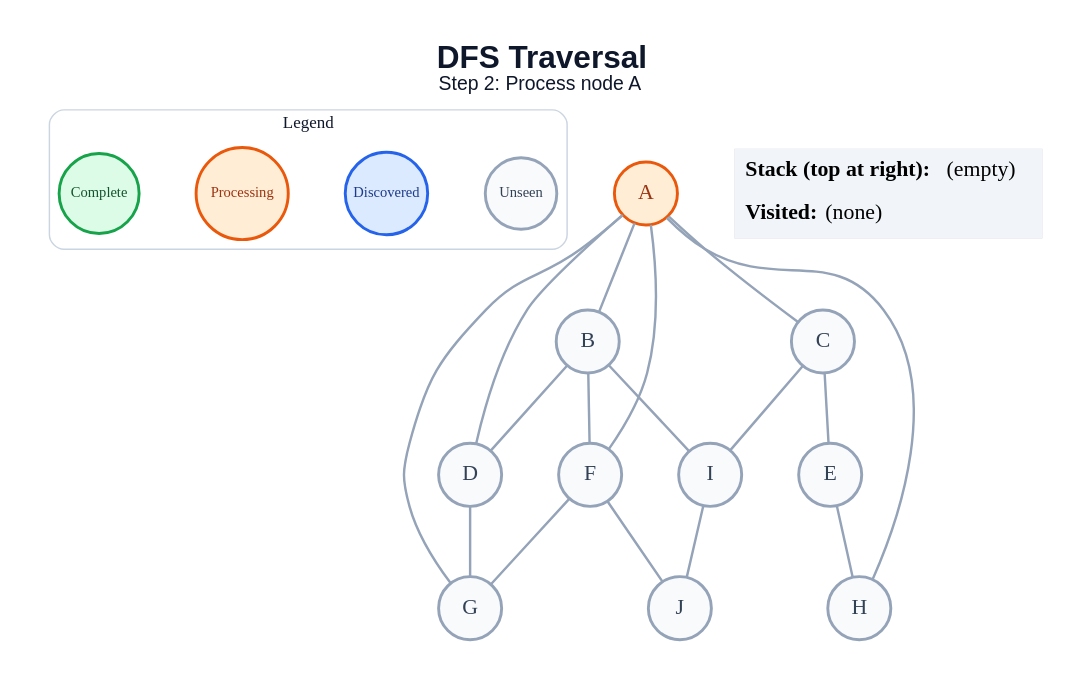
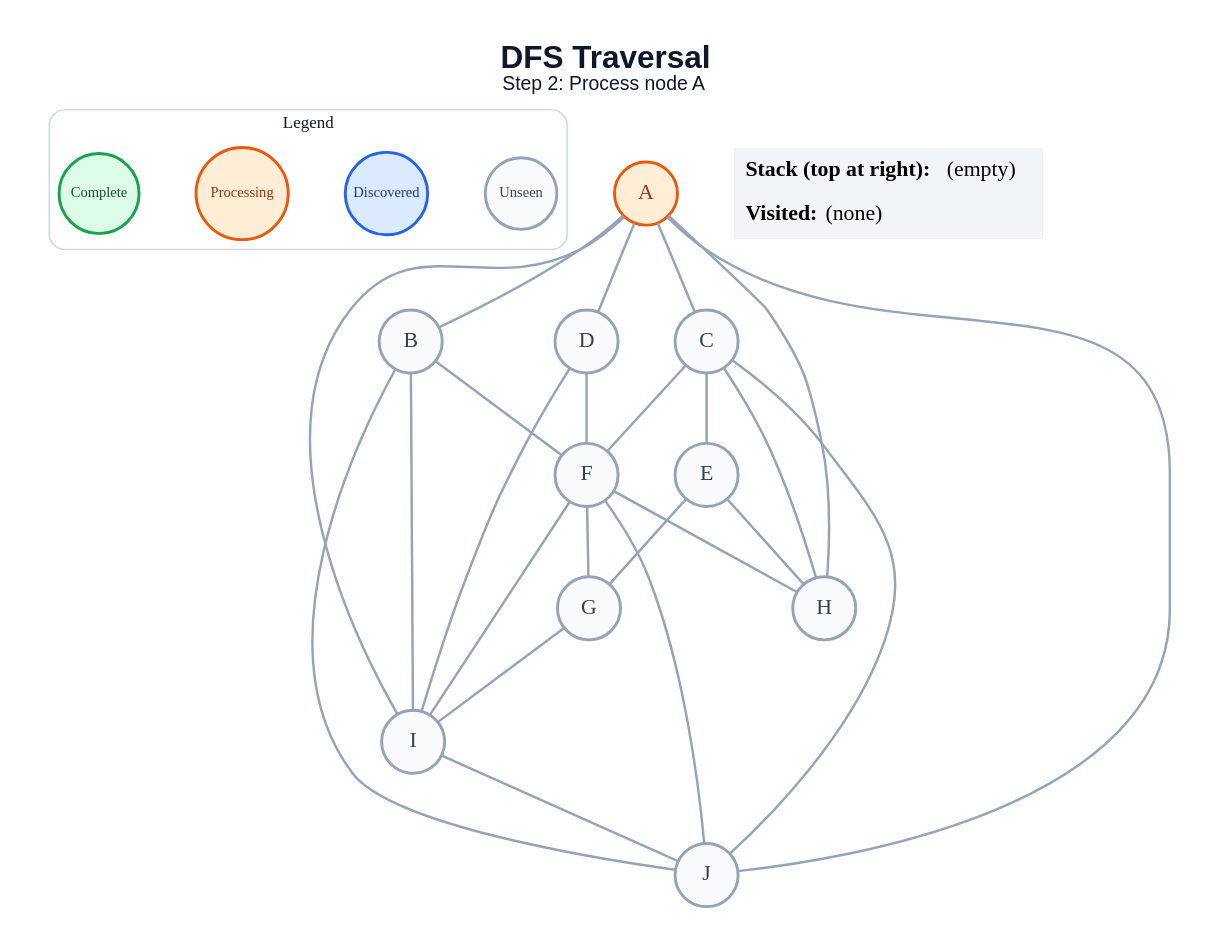
The diagram in generated/dfs/step_02.dot (amanghodawala9/ai-slop), drawn with Graphviz before and after one commit. The commit also changed 178 other files, not shown here.

```diff
--- a/generated/dfs/step_02.dot
+++ b/generated/dfs/step_02.dot
@@ -1,45 +1,52 @@
 graph traversal {
   graph [layout=dot, rankdir=TB, bgcolor="#FFFFFF", pad="0.35", nodesep="0.65", ranksep="0.8", fontname="Arial"];
   node [shape=circle, style="filled", fontname="Arial Bold", fontsize=18, width=0.72, fixedsize=true, penwidth=2.4];
   edge [color="#94A3B8", penwidth=2.0];
   label=<<B>DFS Traversal</B><BR/><FONT POINT-SIZE="16">Step 2: Process node A</FONT>>; labelloc="t"; fontsize=26; fontname="Arial"; fontcolor="#0F172A";
   subgraph cluster_legend { label="Legend"; color="#CBD5E1"; penwidth=1.2; style="rounded"; fontsize=14; fontname="Arial Bold";
     key_unseen [label="Unseen", fillcolor="#F8FAFC", color="#94A3B8", fontcolor="#334155", fontsize=12, width=0.82];
     key_frontier [label="Discovered", fillcolor="#DBEAFE", color="#2563EB", fontcolor="#1E3A8A", fontsize=12, width=0.95];
     key_current [label="Processing", fillcolor="#FFEDD5", color="#EA580C", fontcolor="#9A3412", fontsize=12, width=1.05];
     key_done [label="Complete", fillcolor="#DCFCE7", color="#16A34A", fontcolor="#14532D", fontsize=12, width=0.92];
     { rank=same; key_unseen; key_frontier; key_current; key_done; }
   }
   A [fillcolor="#FFEDD5", color="#EA580C", fontcolor="#9A3412"];
   B [fillcolor="#F8FAFC", color="#94A3B8", fontcolor="#334155"];
   C [fillcolor="#F8FAFC", color="#94A3B8", fontcolor="#334155"];
   D [fillcolor="#F8FAFC", color="#94A3B8", fontcolor="#334155"];
   E [fillcolor="#F8FAFC", color="#94A3B8", fontcolor="#334155"];
   F [fillcolor="#F8FAFC", color="#94A3B8", fontcolor="#334155"];
   G [fillcolor="#F8FAFC", color="#94A3B8", fontcolor="#334155"];
   H [fillcolor="#F8FAFC", color="#94A3B8", fontcolor="#334155"];
   I [fillcolor="#F8FAFC", color="#94A3B8", fontcolor="#334155"];
   J [fillcolor="#F8FAFC", color="#94A3B8", fontcolor="#334155"];
   A -- B;
   A -- C;
   A -- D;
-  A -- F;
-  A -- G;
   A -- H;
-  B -- D;
+  A -- I;
+  A -- J;
   B -- F;
   B -- I;
+  B -- J;
   C -- E;
-  C -- I;
-  D -- G;
+  C -- F;
+  C -- H;
+  C -- J;
+  D -- F;
+  D -- I;
+  E -- G;
   E -- H;
   F -- G;
+  F -- H;
+  F -- I;
   F -- J;
+  G -- I;
   I -- J;
   status [shape=plain, fixedsize=false, width=0, height=0, margin=0, label=<
     <TABLE BORDER="0" CELLBORDER="0" CELLPADDING="7" BGCOLOR="#F1F5F9">
       <TR><TD ALIGN="LEFT"><B>Stack (top at right):</B> (empty)</TD></TR>
       <TR><TD ALIGN="LEFT"><B>Visited:</B> (none)</TD></TR>
     </TABLE>
   >];
 }
```
